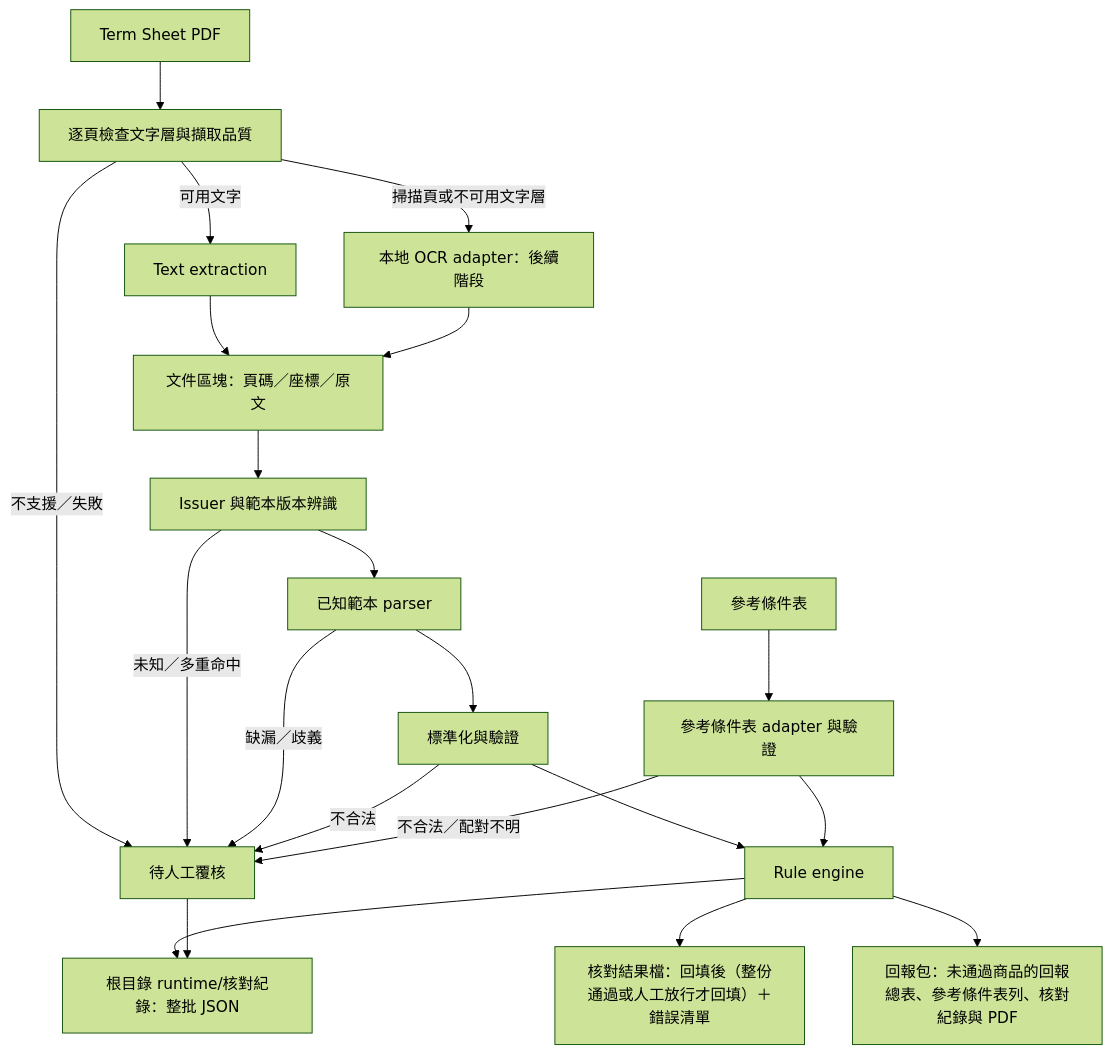
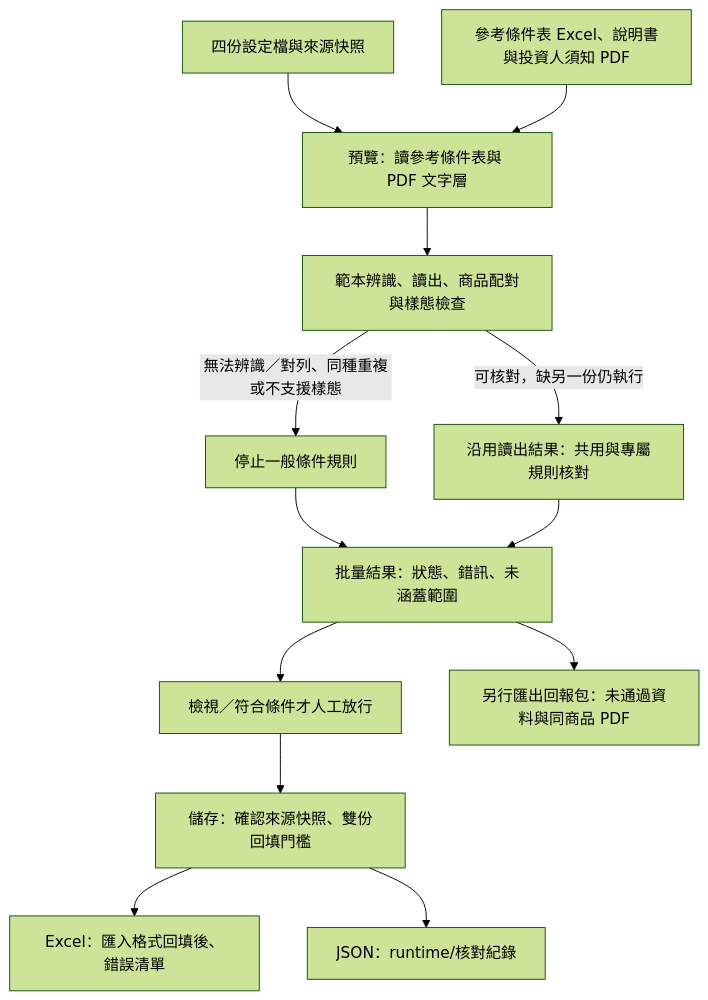
Before and after one commit to TaylorYam/fcn-term-sheet-checker: the diagram in docs/architecture.md, drawn with Mermaid (forest theme). The commit also changed other lines of this file and 46 other files, not shown here.

````diff
--- a/docs/architecture.md
+++ b/docs/architecture.md
@@ -11,23 +11,15 @@
 ```mermaid
 flowchart TD
-    A[Term Sheet PDF] --> B[逐頁檢查文字層與擷取品質]
-    B -->|可用文字| C[Text extraction]
-    B -->|掃描頁或不可用文字層| D[本地 OCR adapter：後續階段]
-    C --> E[文件區塊：頁碼／座標／原文]
-    D --> E
-    E --> F[Issuer 與範本版本辨識]
-    F --> G[已知範本 parser]
-    G --> H[標準化與驗證]
-    O[參考條件表] --> P[參考條件表 adapter 與驗證]
-    H --> R[Rule engine]
-    P --> R
-    R --> S[根目錄 runtime/核對紀錄：整批 JSON]
-    R --> W[核對結果檔：回填後（整份通過或人工放行才回填）＋錯誤清單]
-    R --> RB[回報包：未通過商品的回報總表、參考條件表列、核對紀錄與 PDF]
-    B -->|不支援／失敗| X[待人工覆核]
-    F -->|未知／多重命中| X
-    G -->|缺漏／歧義| X
-    H -->|不合法| X
-    P -->|不合法／配對不明| X
-    X --> S
+    C[四份設定檔與來源快照] --> P[預覽：讀參考條件表與 PDF 文字層]
+    I[參考條件表 Excel、說明書與投資人須知 PDF] --> P
+    P --> D[範本辨識、讀出、商品配對與樣態檢查]
+    D -->|可核對，缺另一份仍執行| R[沿用讀出結果：共用與專屬規則核對]
+    D -->|無法辨識／對列、同種重複或不支援樣態| X[停止一般條件規則]
+    X --> O[批量結果：狀態、錯訊、未涵蓋範圍]
+    R --> O
+    O --> A[檢視／符合條件才人工放行]
+    A --> S[儲存：確認來源快照、雙份回填門檻]
+    S --> W[Excel：匯入格式回填後、錯誤清單]
+    S --> J[JSON：runtime/核對紀錄]
+    O --> B[另行匯出回報包：未通過資料與同商品 PDF]
 ```
````
